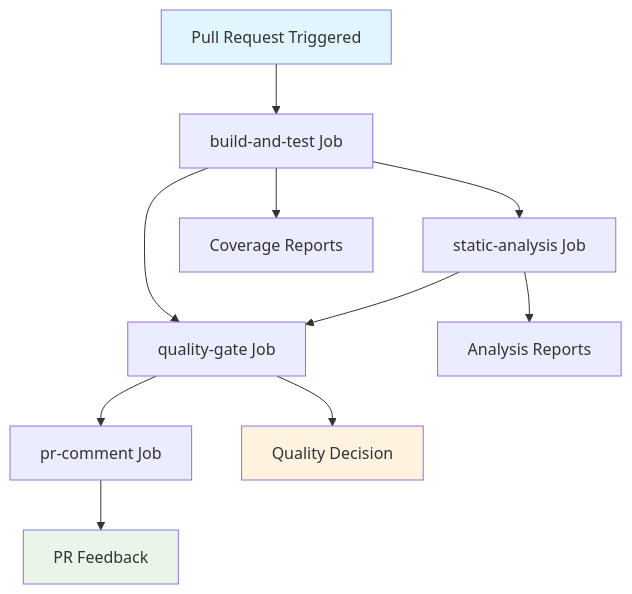
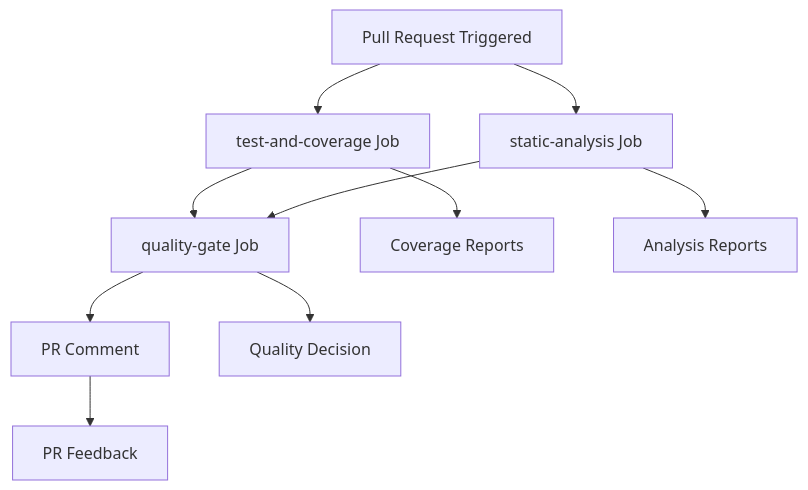
The first of 2 diagrams in Docs/CI/pull-request-analysis.md (ericodx/swift-structure), drawn with Mermaid before and after one commit. The commit also changed other lines of this file, not shown here.

Commit message:
docs: update pull request analysis workflow documentation

````diff
--- a/Docs/CI/pull-request-analysis.md
+++ b/Docs/CI/pull-request-analysis.md
@@ -31,17 +43,13 @@
 ```mermaid
 flowchart TD
-    A[Pull Request Triggered] --> B[build-and-test Job]
-    B --> C[static-analysis Job]
+    A[Pull Request Triggered] --> B[test-and-coverage Job]
+    A --> C[static-analysis Job]
     B --> D[quality-gate Job]
     C --> D
-    D --> E[pr-comment Job]
+    D --> E[PR Comment]
     
     B --> F[Coverage Reports]
     C --> G[Analysis Reports]
     D --> H[Quality Decision]
     E --> I[PR Feedback]
-    
-    style A fill:#e1f5fe
-    style H fill:#fff3e0
-    style I fill:#e8f5e8
 ```
````
